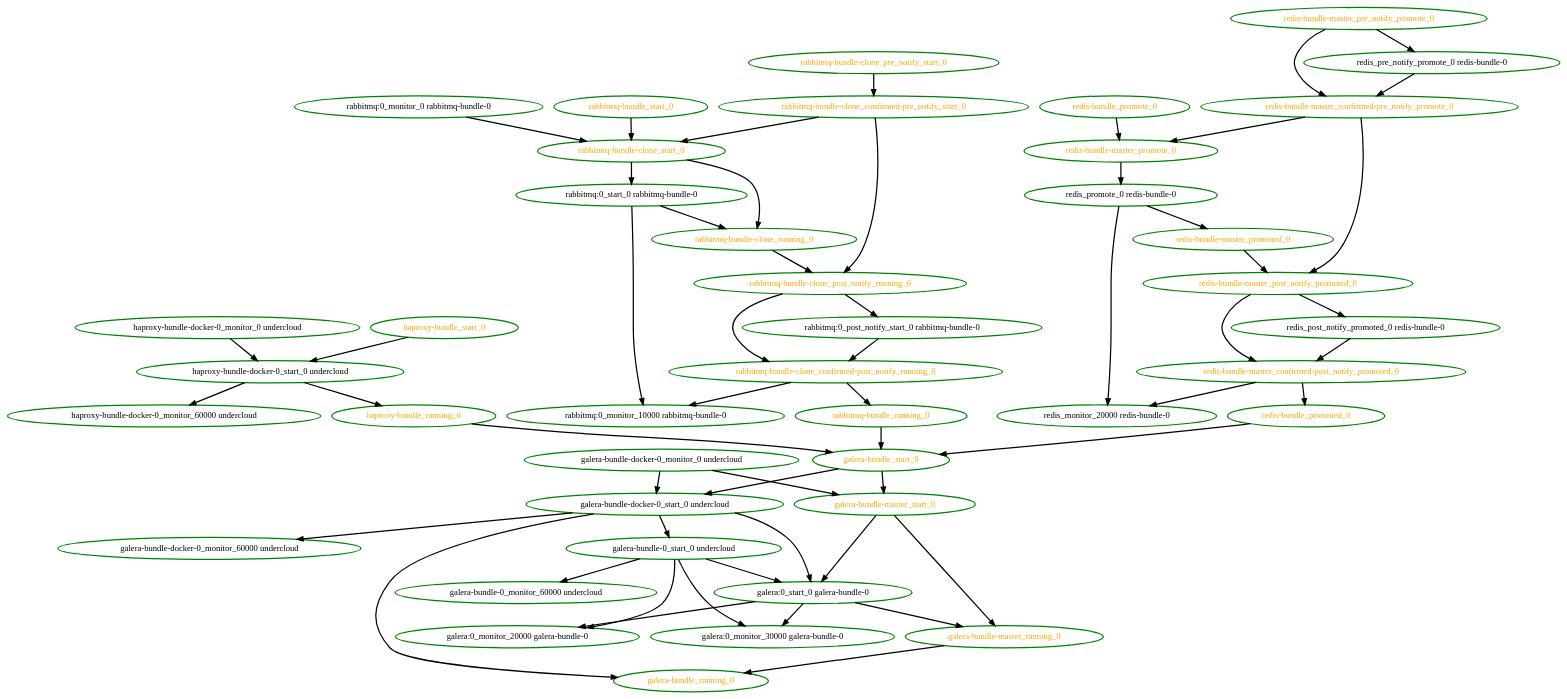
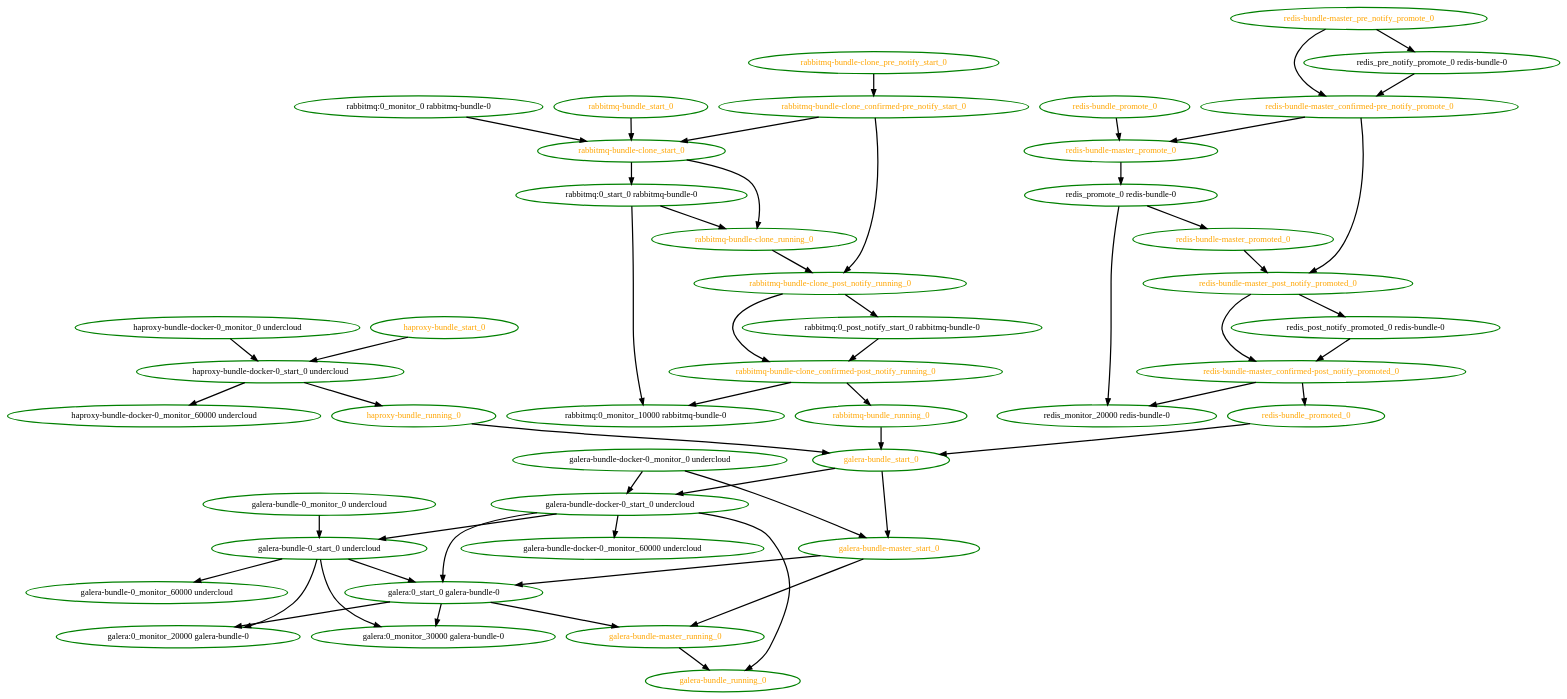
One commit to ClusterLabs/pacemaker changed the diagram in pengine/test10/bundle-order-partial-start.dot. Above: the diagram before and after it, drawn with Graphviz. The commit also changed 23 other files, not shown here.

```diff
--- a/pengine/test10/bundle-order-partial-start.dot
+++ b/pengine/test10/bundle-order-partial-start.dot
@@ -1,98 +1,100 @@
 digraph "g" {
+"galera-bundle-0_monitor_0 undercloud" -> "galera-bundle-0_start_0 undercloud" [ style = bold]
+"galera-bundle-0_monitor_0 undercloud" [ style=bold color="green" fontcolor="black"]
 "galera-bundle-0_monitor_60000 undercloud" [ style=bold color="green" fontcolor="black"]
 "galera-bundle-0_start_0 undercloud" -> "galera-bundle-0_monitor_60000 undercloud" [ style = bold]
 "galera-bundle-0_start_0 undercloud" -> "galera:0_monitor_20000 galera-bundle-0" [ style = bold]
 "galera-bundle-0_start_0 undercloud" -> "galera:0_monitor_30000 galera-bundle-0" [ style = bold]
 "galera-bundle-0_start_0 undercloud" -> "galera:0_start_0 galera-bundle-0" [ style = bold]
 "galera-bundle-0_start_0 undercloud" [ style=bold color="green" fontcolor="black"]
 "galera-bundle-docker-0_monitor_0 undercloud" -> "galera-bundle-docker-0_start_0 undercloud" [ style = bold]
 "galera-bundle-docker-0_monitor_0 undercloud" -> "galera-bundle-master_start_0" [ style = bold]
 "galera-bundle-docker-0_monitor_0 undercloud" [ style=bold color="green" fontcolor="black"]
 "galera-bundle-docker-0_monitor_60000 undercloud" [ style=bold color="green" fontcolor="black"]
 "galera-bundle-docker-0_start_0 undercloud" -> "galera-bundle-0_start_0 undercloud" [ style = bold]
 "galera-bundle-docker-0_start_0 undercloud" -> "galera-bundle-docker-0_monitor_60000 undercloud" [ style = bold]
 "galera-bundle-docker-0_start_0 undercloud" -> "galera-bundle_running_0" [ style = bold]
 "galera-bundle-docker-0_start_0 undercloud" -> "galera:0_start_0 galera-bundle-0" [ style = bold]
 "galera-bundle-docker-0_start_0 undercloud" [ style=bold color="green" fontcolor="black"]
 "galera-bundle-master_running_0" -> "galera-bundle_running_0" [ style = bold]
 "galera-bundle-master_running_0" [ style=bold color="green" fontcolor="orange"]
 "galera-bundle-master_start_0" -> "galera-bundle-master_running_0" [ style = bold]
 "galera-bundle-master_start_0" -> "galera:0_start_0 galera-bundle-0" [ style = bold]
 "galera-bundle-master_start_0" [ style=bold color="green" fontcolor="orange"]
 "galera-bundle_running_0" [ style=bold color="green" fontcolor="orange"]
 "galera-bundle_start_0" -> "galera-bundle-docker-0_start_0 undercloud" [ style = bold]
 "galera-bundle_start_0" -> "galera-bundle-master_start_0" [ style = bold]
 "galera-bundle_start_0" [ style=bold color="green" fontcolor="orange"]
 "galera:0_monitor_20000 galera-bundle-0" [ style=bold color="green" fontcolor="black"]
 "galera:0_monitor_30000 galera-bundle-0" [ style=bold color="green" fontcolor="black"]
 "galera:0_start_0 galera-bundle-0" -> "galera-bundle-master_running_0" [ style = bold]
 "galera:0_start_0 galera-bundle-0" -> "galera:0_monitor_20000 galera-bundle-0" [ style = bold]
 "galera:0_start_0 galera-bundle-0" -> "galera:0_monitor_30000 galera-bundle-0" [ style = bold]
 "galera:0_start_0 galera-bundle-0" [ style=bold color="green" fontcolor="black"]
 "haproxy-bundle-docker-0_monitor_0 undercloud" -> "haproxy-bundle-docker-0_start_0 undercloud" [ style = bold]
 "haproxy-bundle-docker-0_monitor_0 undercloud" [ style=bold color="green" fontcolor="black"]
 "haproxy-bundle-docker-0_monitor_60000 undercloud" [ style=bold color="green" fontcolor="black"]
 "haproxy-bundle-docker-0_start_0 undercloud" -> "haproxy-bundle-docker-0_monitor_60000 undercloud" [ style = bold]
 "haproxy-bundle-docker-0_start_0 undercloud" -> "haproxy-bundle_running_0" [ style = bold]
 "haproxy-bundle-docker-0_start_0 undercloud" [ style=bold color="green" fontcolor="black"]
 "haproxy-bundle_running_0" -> "galera-bundle_start_0" [ style = bold]
 "haproxy-bundle_running_0" [ style=bold color="green" fontcolor="orange"]
 "haproxy-bundle_start_0" -> "haproxy-bundle-docker-0_start_0 undercloud" [ style = bold]
 "haproxy-bundle_start_0" [ style=bold color="green" fontcolor="orange"]
 "rabbitmq-bundle-clone_confirmed-post_notify_running_0" -> "rabbitmq-bundle_running_0" [ style = bold]
 "rabbitmq-bundle-clone_confirmed-post_notify_running_0" -> "rabbitmq:0_monitor_10000 rabbitmq-bundle-0" [ style = bold]
 "rabbitmq-bundle-clone_confirmed-post_notify_running_0" [ style=bold color="green" fontcolor="orange"]
 "rabbitmq-bundle-clone_confirmed-pre_notify_start_0" -> "rabbitmq-bundle-clone_post_notify_running_0" [ style = bold]
 "rabbitmq-bundle-clone_confirmed-pre_notify_start_0" -> "rabbitmq-bundle-clone_start_0" [ style = bold]
 "rabbitmq-bundle-clone_confirmed-pre_notify_start_0" [ style=bold color="green" fontcolor="orange"]
 "rabbitmq-bundle-clone_post_notify_running_0" -> "rabbitmq-bundle-clone_confirmed-post_notify_running_0" [ style = bold]
 "rabbitmq-bundle-clone_post_notify_running_0" -> "rabbitmq:0_post_notify_start_0 rabbitmq-bundle-0" [ style = bold]
 "rabbitmq-bundle-clone_post_notify_running_0" [ style=bold color="green" fontcolor="orange"]
 "rabbitmq-bundle-clone_pre_notify_start_0" -> "rabbitmq-bundle-clone_confirmed-pre_notify_start_0" [ style = bold]
 "rabbitmq-bundle-clone_pre_notify_start_0" [ style=bold color="green" fontcolor="orange"]
 "rabbitmq-bundle-clone_running_0" -> "rabbitmq-bundle-clone_post_notify_running_0" [ style = bold]
 "rabbitmq-bundle-clone_running_0" [ style=bold color="green" fontcolor="orange"]
 "rabbitmq-bundle-clone_start_0" -> "rabbitmq-bundle-clone_running_0" [ style = bold]
 "rabbitmq-bundle-clone_start_0" -> "rabbitmq:0_start_0 rabbitmq-bundle-0" [ style = bold]
 "rabbitmq-bundle-clone_start_0" [ style=bold color="green" fontcolor="orange"]
 "rabbitmq-bundle_running_0" -> "galera-bundle_start_0" [ style = bold]
 "rabbitmq-bundle_running_0" [ style=bold color="green" fontcolor="orange"]
 "rabbitmq-bundle_start_0" -> "rabbitmq-bundle-clone_start_0" [ style = bold]
 "rabbitmq-bundle_start_0" [ style=bold color="green" fontcolor="orange"]
 "rabbitmq:0_monitor_0 rabbitmq-bundle-0" -> "rabbitmq-bundle-clone_start_0" [ style = bold]
 "rabbitmq:0_monitor_0 rabbitmq-bundle-0" [ style=bold color="green" fontcolor="black"]
 "rabbitmq:0_monitor_10000 rabbitmq-bundle-0" [ style=bold color="green" fontcolor="black"]
 "rabbitmq:0_post_notify_start_0 rabbitmq-bundle-0" -> "rabbitmq-bundle-clone_confirmed-post_notify_running_0" [ style = bold]
 "rabbitmq:0_post_notify_start_0 rabbitmq-bundle-0" [ style=bold color="green" fontcolor="black"]
 "rabbitmq:0_start_0 rabbitmq-bundle-0" -> "rabbitmq-bundle-clone_running_0" [ style = bold]
 "rabbitmq:0_start_0 rabbitmq-bundle-0" -> "rabbitmq:0_monitor_10000 rabbitmq-bundle-0" [ style = bold]
 "rabbitmq:0_start_0 rabbitmq-bundle-0" [ style=bold color="green" fontcolor="black"]
 "redis-bundle-master_confirmed-post_notify_promoted_0" -> "redis-bundle_promoted_0" [ style = bold]
 "redis-bundle-master_confirmed-post_notify_promoted_0" -> "redis_monitor_20000 redis-bundle-0" [ style = bold]
 "redis-bundle-master_confirmed-post_notify_promoted_0" [ style=bold color="green" fontcolor="orange"]
 "redis-bundle-master_confirmed-pre_notify_promote_0" -> "redis-bundle-master_post_notify_promoted_0" [ style = bold]
 "redis-bundle-master_confirmed-pre_notify_promote_0" -> "redis-bundle-master_promote_0" [ style = bold]
 "redis-bundle-master_confirmed-pre_notify_promote_0" [ style=bold color="green" fontcolor="orange"]
 "redis-bundle-master_post_notify_promoted_0" -> "redis-bundle-master_confirmed-post_notify_promoted_0" [ style = bold]
 "redis-bundle-master_post_notify_promoted_0" -> "redis_post_notify_promoted_0 redis-bundle-0" [ style = bold]
 "redis-bundle-master_post_notify_promoted_0" [ style=bold color="green" fontcolor="orange"]
 "redis-bundle-master_pre_notify_promote_0" -> "redis-bundle-master_confirmed-pre_notify_promote_0" [ style = bold]
 "redis-bundle-master_pre_notify_promote_0" -> "redis_pre_notify_promote_0 redis-bundle-0" [ style = bold]
 "redis-bundle-master_pre_notify_promote_0" [ style=bold color="green" fontcolor="orange"]
 "redis-bundle-master_promote_0" -> "redis_promote_0 redis-bundle-0" [ style = bold]
 "redis-bundle-master_promote_0" [ style=bold color="green" fontcolor="orange"]
 "redis-bundle-master_promoted_0" -> "redis-bundle-master_post_notify_promoted_0" [ style = bold]
 "redis-bundle-master_promoted_0" [ style=bold color="green" fontcolor="orange"]
 "redis-bundle_promote_0" -> "redis-bundle-master_promote_0" [ style = bold]
 "redis-bundle_promote_0" [ style=bold color="green" fontcolor="orange"]
 "redis-bundle_promoted_0" -> "galera-bundle_start_0" [ style = bold]
 "redis-bundle_promoted_0" [ style=bold color="green" fontcolor="orange"]
 "redis_monitor_20000 redis-bundle-0" [ style=bold color="green" fontcolor="black"]
 "redis_post_notify_promoted_0 redis-bundle-0" -> "redis-bundle-master_confirmed-post_notify_promoted_0" [ style = bold]
 "redis_post_notify_promoted_0 redis-bundle-0" [ style=bold color="green" fontcolor="black"]
 "redis_pre_notify_promote_0 redis-bundle-0" -> "redis-bundle-master_confirmed-pre_notify_promote_0" [ style = bold]
 "redis_pre_notify_promote_0 redis-bundle-0" [ style=bold color="green" fontcolor="black"]
 "redis_promote_0 redis-bundle-0" -> "redis-bundle-master_promoted_0" [ style = bold]
 "redis_promote_0 redis-bundle-0" -> "redis_monitor_20000 redis-bundle-0" [ style = bold]
 "redis_promote_0 redis-bundle-0" [ style=bold color="green" fontcolor="black"]
 }
```
